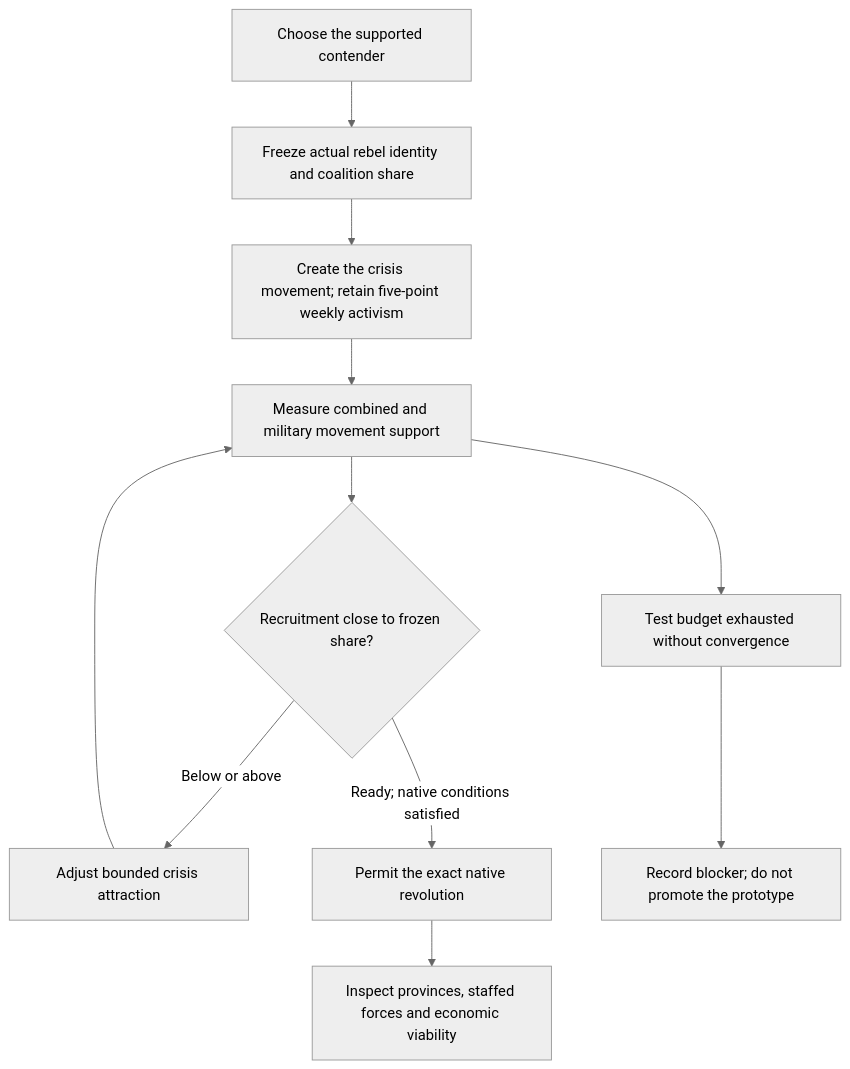
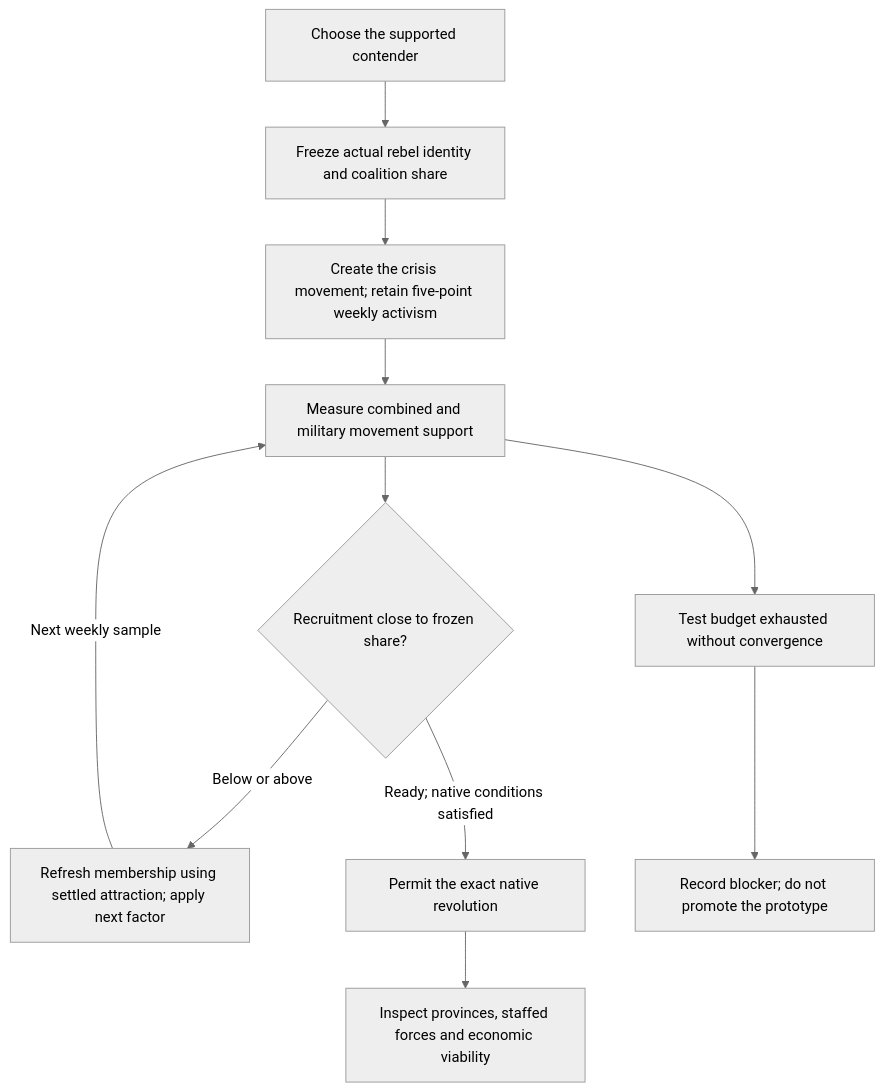
Before and after one commit to kaapse-tollie/spes-bona: the diagram in Docs/zulu_one_state_coalition_split_proposal_2026_10_30.md, drawn with Mermaid (neutral theme). The commit also changed other lines of this file and 134 other files, not shown here.

````diff
--- a/Docs/zulu_one_state_coalition_split_proposal_2026_10_30.md
+++ b/Docs/zulu_one_state_coalition_split_proposal_2026_10_30.md
@@ -50,13 +178,13 @@
 ```mermaid
 flowchart TD
     A[Choose the supported contender] --> B[Freeze actual rebel identity and coalition share]
     B --> C[Create the crisis movement; retain five-point weekly activism]
     C --> D[Measure combined and military movement support]
     D --> E{Recruitment close to frozen share?}
-    E -->|Below or above| F[Adjust bounded crisis attraction]
-    F --> D
+    E -->|Below or above| F[Refresh membership using settled attraction; apply next factor]
+    F -->|Next weekly sample| D
     E -->|Ready; native conditions satisfied| G[Permit the exact native revolution]
     G --> H[Inspect provinces, staffed forces and economic viability]
     D --> I[Test budget exhausted without convergence]
     I --> J[Record blocker; do not promote the prototype]
 ```
````
